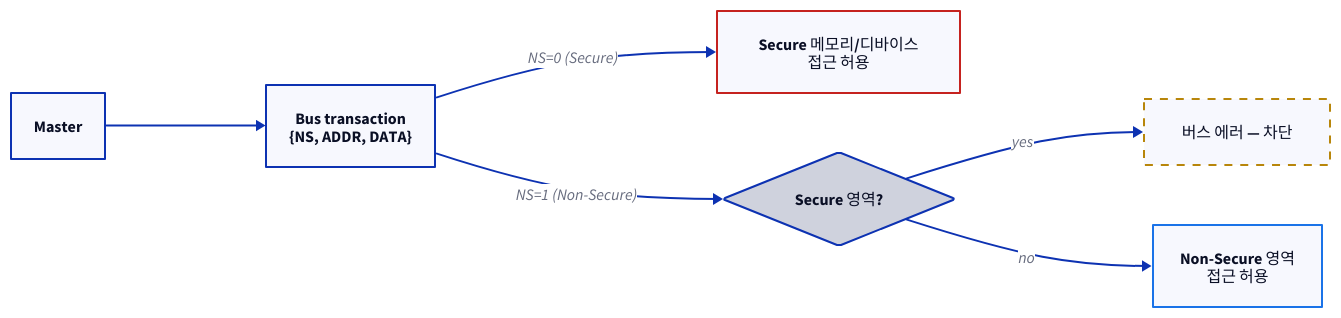
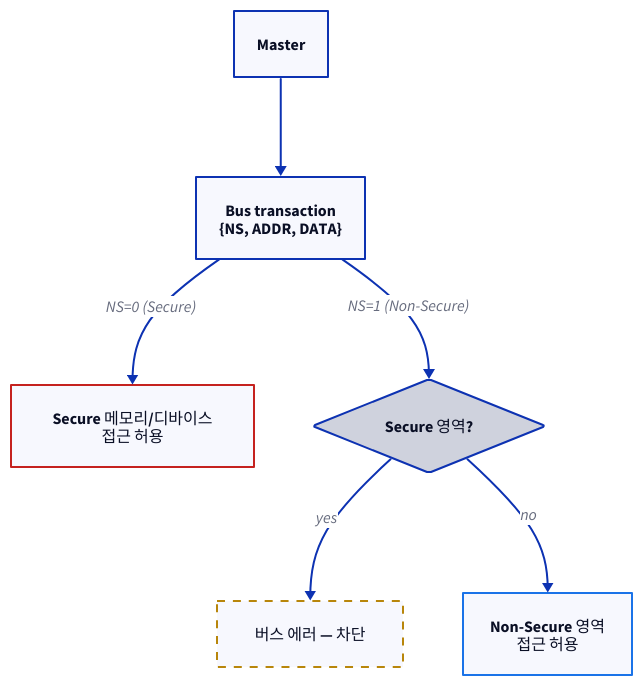
One commit to humbleowl39/DV_SKOOL changed the sixth of 9 diagrams in topics/arm_security/docs/01_exception_level_trustzone.md. Above: the diagram before and after it, drawn with D2. The commit also changed other lines of this file and 90 other files, not shown here.

First line of the commit message:
docs: 전 토픽 다이어그램 정비 — ASCII→D2, mermaid→D2, 과대 D2 가시성 수정

````diff
--- a/topics/arm_security/docs/01_exception_level_trustzone.md
+++ b/topics/arm_security/docs/01_exception_level_trustzone.md
@@ -303,15 +303,16 @@
 ```d2
-direction: right
+direction: down
 
 M: "Master"
 BUS: "Bus transaction\n{NS, ADDR, DATA}"
+SEC: "Secure 메모리/디바이스\n접근 허용" { style.stroke: "#c5221f"; style.stroke-width: 2 }
+CHK: "Secure 영역?" { shape: diamond }
+ERR: "버스 에러 — 차단" { style.stroke: "#b8860b"; style.stroke-width: 2; style.stroke-dash: 4 }
+NOK: "Non-Secure 영역\n접근 허용" { style.stroke: "#1a73e8"; style.stroke-width: 2 }
+
 M -> BUS
-SEC: "Secure 메모리/디바이스\n접근 허용" { style.stroke: "#c5221f"; style.stroke-width: 2 }
 BUS -> SEC: "NS=0 (Secure)"
-CHK: "Secure 영역?" { shape: diamond }
 BUS -> CHK: "NS=1 (Non-Secure)"
-ERR: "버스 에러 — 차단" { style.stroke: "#b8860b"; style.stroke-width: 2; style.stroke-dash: 4 }
 CHK -> ERR: "yes"
-NOK: "Non-Secure 영역\n접근 허용" { style.stroke: "#1a73e8"; style.stroke-width: 2 }
 CHK -> NOK: "no"
 ```
````
